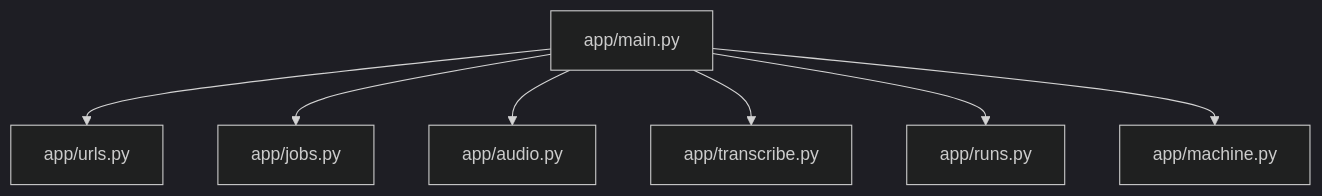
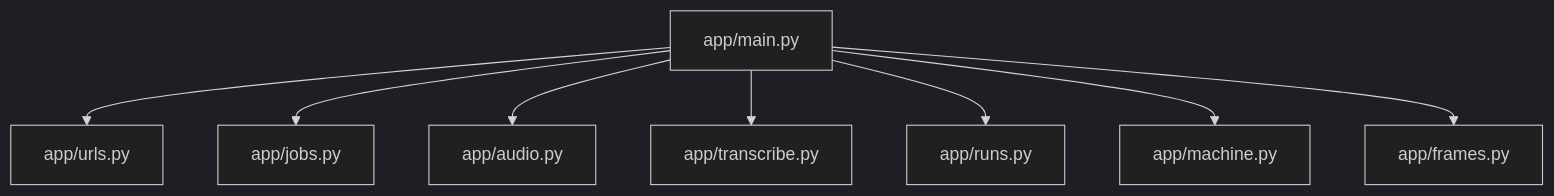
Before and after one commit to kevpdev/yt-transcriber: the diagram in aidd_docs/memory/codebase-map.md, drawn with Mermaid (dark theme). The commit also changed other lines of this file and 8 other files, not shown here.

````diff
--- a/aidd_docs/memory/codebase-map.md
+++ b/aidd_docs/memory/codebase-map.md
@@ -5,9 +5,10 @@
 ```mermaid
 flowchart TD
     main["app/main.py"] --> urls["app/urls.py"]
     main --> jobs["app/jobs.py"]
     main --> audio["app/audio.py"]
     main --> transcribe["app/transcribe.py"]
     main --> runs["app/runs.py"]
     main --> machine["app/machine.py"]
+    main --> frames["app/frames.py"]
 ```
````
